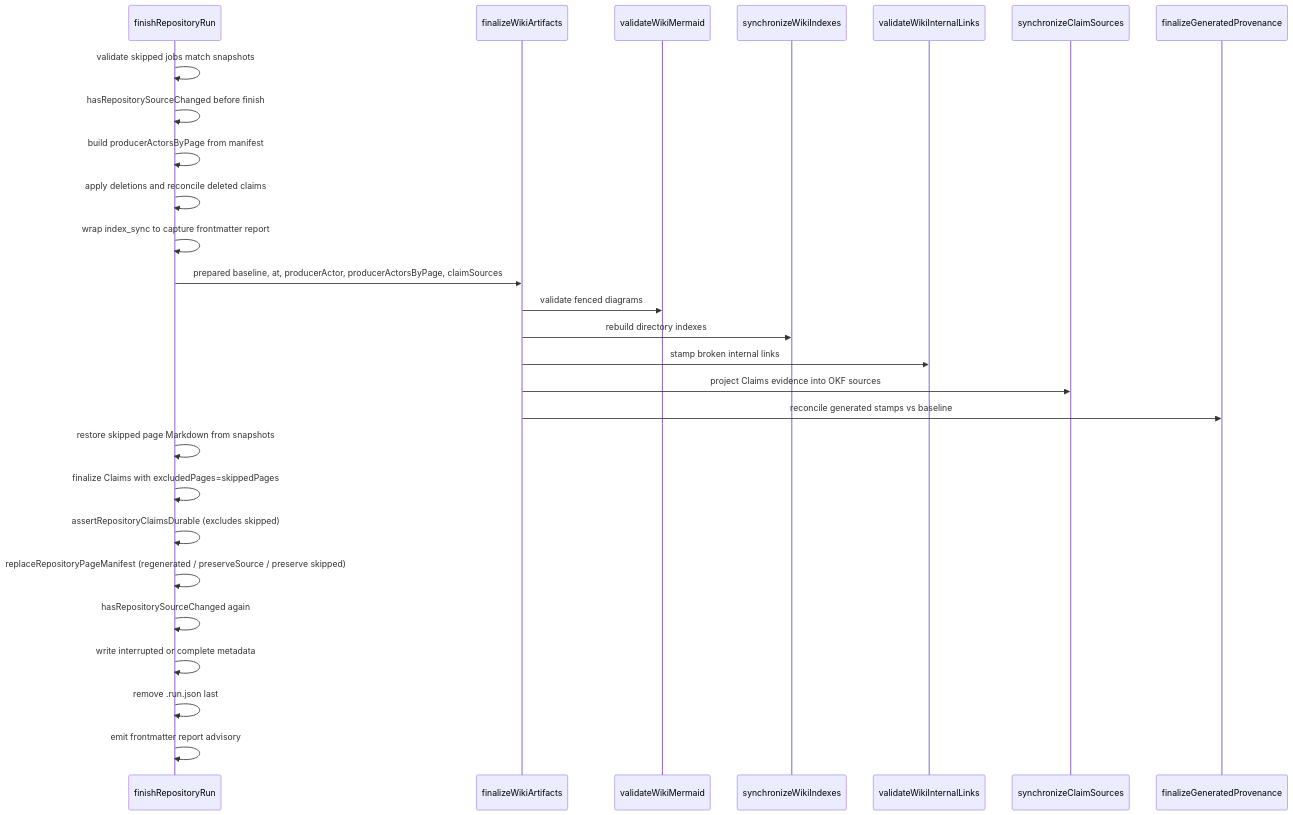
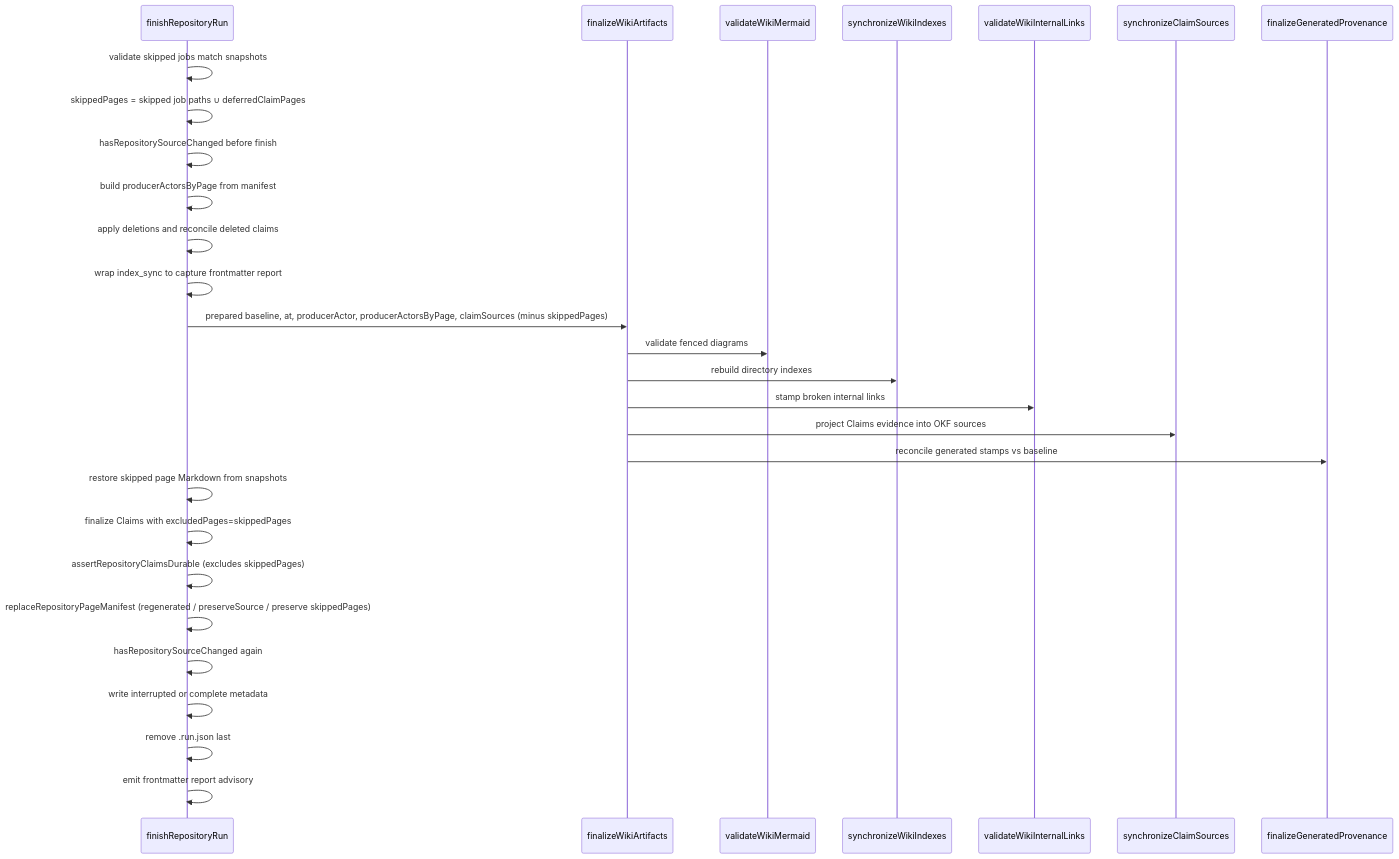
One commit to langchain-ai/openwiki changed the diagram in openwiki/workflows/wiki-finalization.md. Above: the diagram before and after it, drawn with Mermaid. The commit also changed other lines of this file and 22 other files, not shown here.

````diff
--- a/openwiki/workflows/wiki-finalization.md
+++ b/openwiki/workflows/wiki-finalization.md
@@ -70,29 +70,30 @@
 ```mermaid
 sequenceDiagram
     participant Caller as finishRepositoryRun
     participant Fin as finalizeWikiArtifacts
     participant Mermaid as validateWikiMermaid
     participant Index as synchronizeWikiIndexes
     participant LinkVal as validateWikiInternalLinks
     participant Claims as synchronizeClaimSources
     participant Prov as finalizeGeneratedProvenance
     Caller->>Caller: validate skipped jobs match snapshots
+    Caller->>Caller: skippedPages = skipped job paths ∪ deferredClaimPages
     Caller->>Caller: hasRepositorySourceChanged before finish
     Caller->>Caller: build producerActorsByPage from manifest
     Caller->>Caller: apply deletions and reconcile deleted claims
     Caller->>Caller: wrap index_sync to capture frontmatter report
-    Caller->>Fin: prepared baseline, at, producerActor, producerActorsByPage, claimSources
+    Caller->>Fin: prepared baseline, at, producerActor, producerActorsByPage, claimSources (minus skippedPages)
     Fin->>Mermaid: validate fenced diagrams
     Fin->>Index: rebuild directory indexes
     Fin->>LinkVal: stamp broken internal links
     Fin->>Claims: project Claims evidence into OKF sources
     Fin->>Prov: reconcile generated stamps vs baseline
     Caller->>Caller: restore skipped page Markdown from snapshots
     Caller->>Caller: finalize Claims with excludedPages=skippedPages
-    Caller->>Caller: assertRepositoryClaimsDurable (excludes skipped)
-    Caller->>Caller: replaceRepositoryPageManifest (regenerated / preserveSource / preserve skipped)
+    Caller->>Caller: assertRepositoryClaimsDurable (excludes skippedPages)
+    Caller->>Caller: replaceRepositoryPageManifest (regenerated / preserveSource / preserve skippedPages)
     Caller->>Caller: hasRepositorySourceChanged again
     Caller->>Caller: write interrupted or complete metadata
     Caller->>Caller: remove .run.json last
     Caller->>Caller: emit frontmatter report advisory
 ```
````
